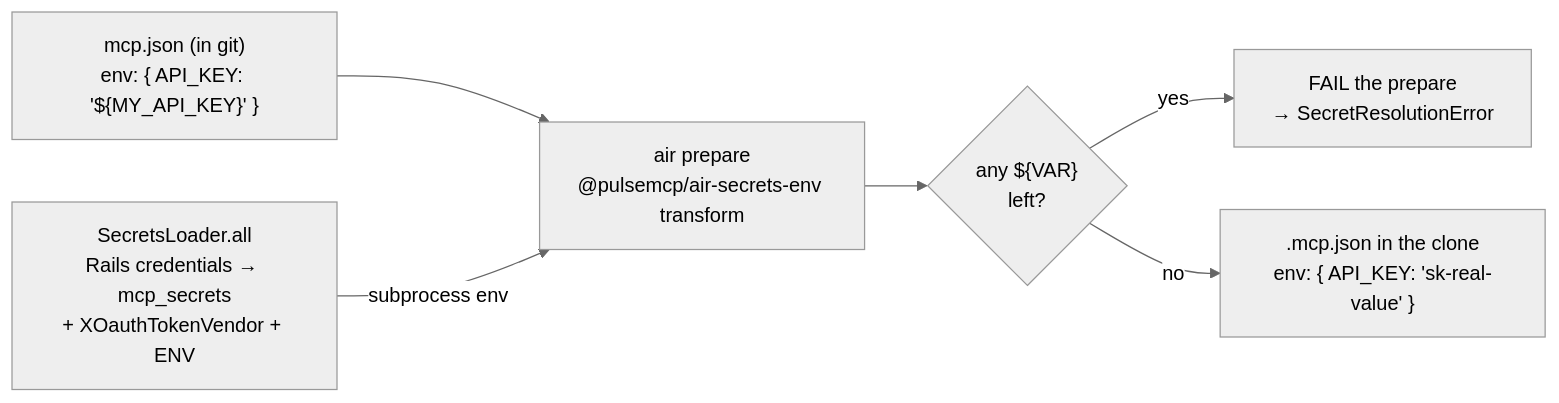
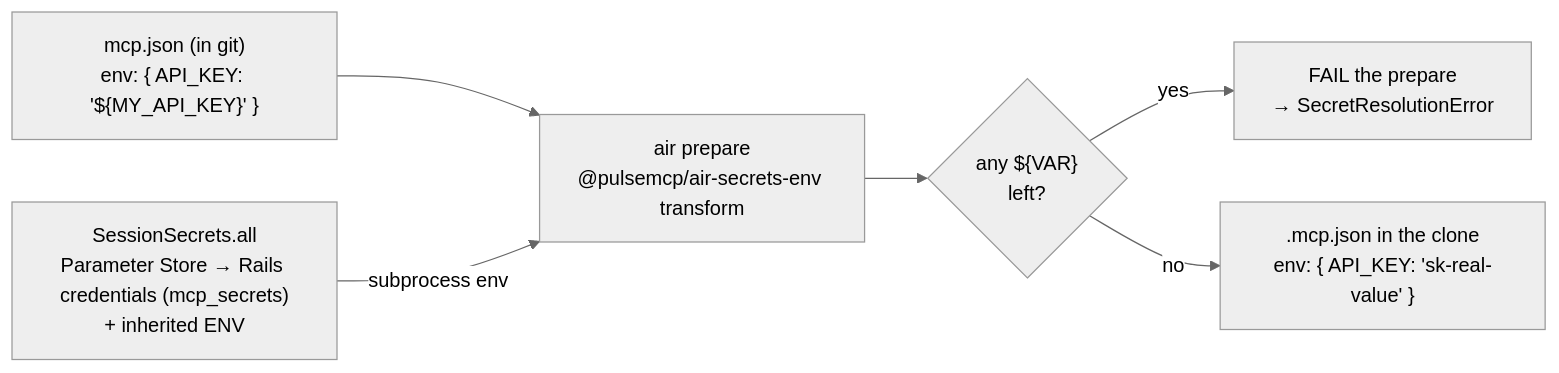
The diagram in docs/src/content/docs/air/mcp-servers.md (tadasant/zimmer), drawn with Mermaid (neutral theme) before and after one commit. The commit also changed 15 other files, not shown here.

First line of the commit message:
fix(secrets): prepare every session from the store, not encrypted credentials only

````diff
--- a/docs/src/content/docs/air/mcp-servers.md
+++ b/docs/src/content/docs/air/mcp-servers.md
@@ -130,15 +130,15 @@
 ```mermaid
 flowchart LR
     CAT["mcp.json (in git)<br/>env: { API_KEY: '${MY_API_KEY}' }"]
-    SL["SecretsLoader.all<br/>Rails credentials → mcp_secrets<br/>+ XOauthTokenVendor + ENV"]
+    SL["SessionSecrets.all<br/>Parameter Store → Rails credentials (mcp_secrets)<br/>+ inherited ENV"]
     AIR["air prepare<br/>@pulsemcp/air-secrets-env transform"]
     OUT[".mcp.json in the clone<br/>env: { API_KEY: 'sk-real-value' }"]
     VAL{"any ${VAR}<br/>left?"}
     FAIL["FAIL the prepare<br/>→ SecretResolutionError"]
 
     CAT --> AIR
     SL -->|"subprocess env"| AIR
     AIR --> VAL
     VAL -->|yes| FAIL
     VAL -->|no| OUT
 ```
````
